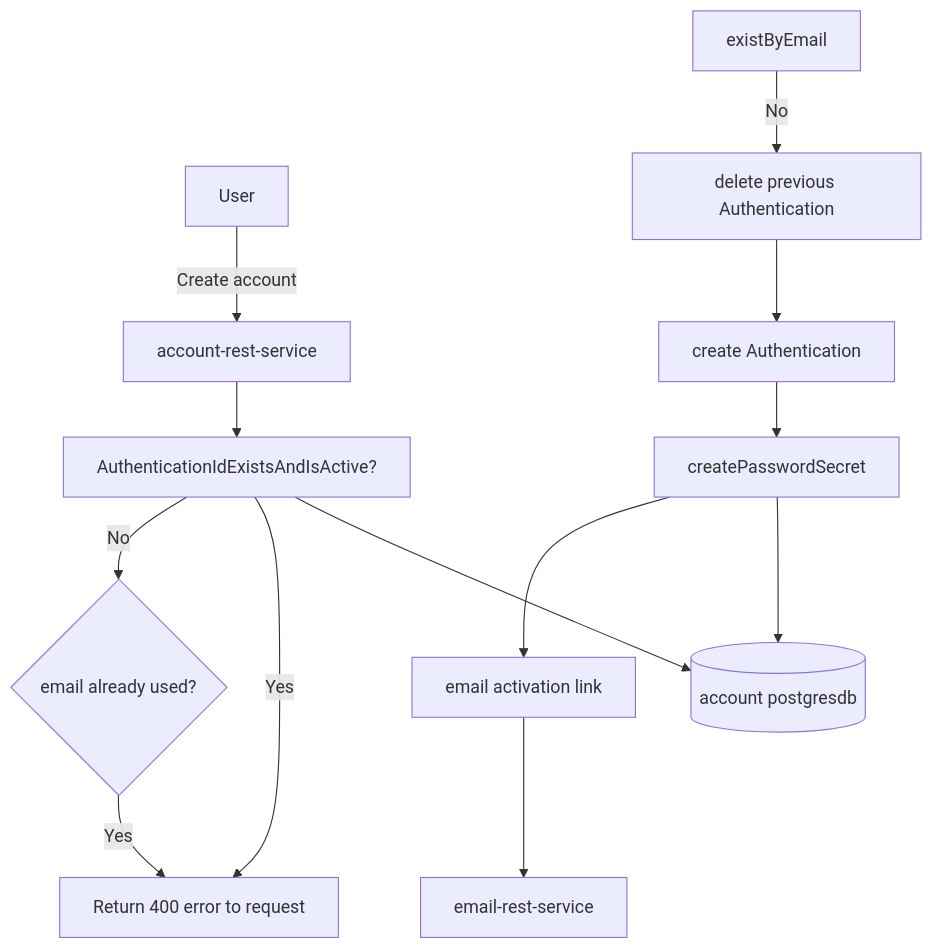
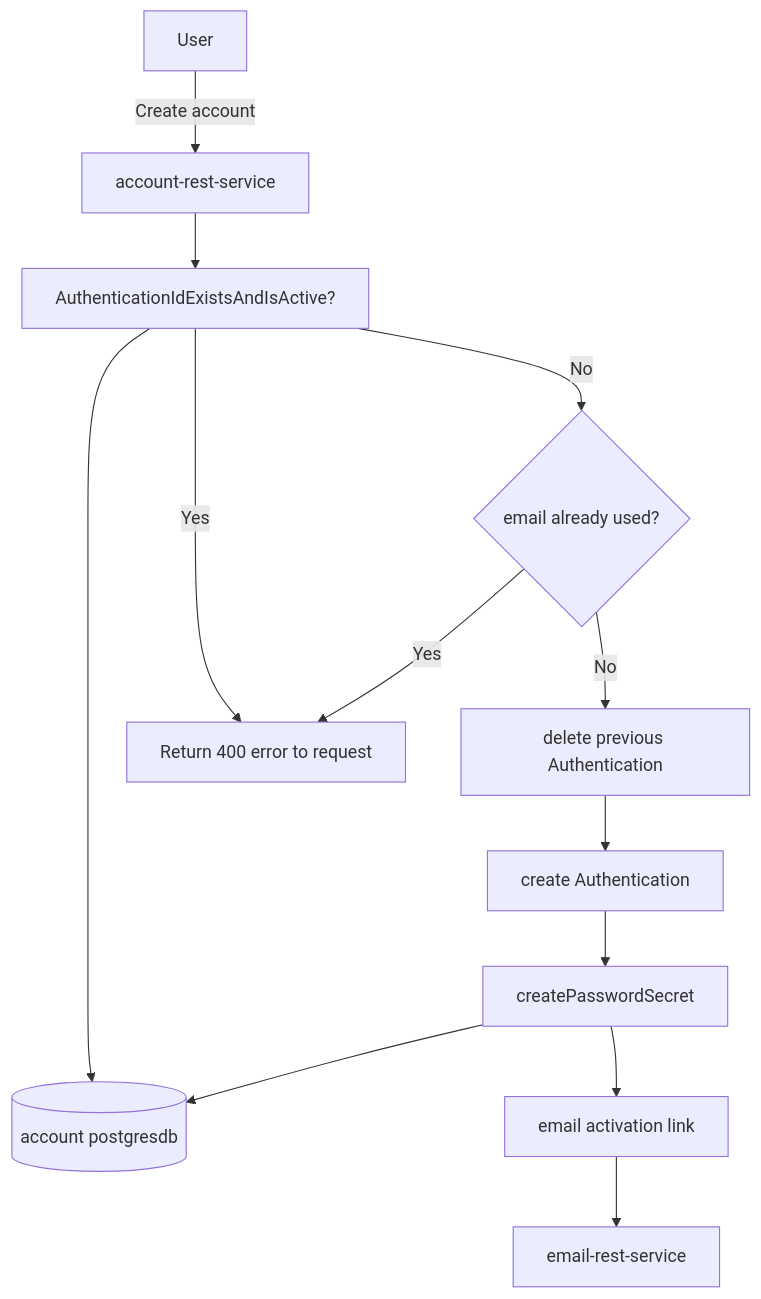
One commit to sonamsamdupkhangsar/account-rest-service changed the fifth of 5 diagrams in README.md. Above: the diagram before and after it, drawn with Mermaid.

````diff
--- a/README.md
+++ b/README.md
@@ -144,15 +144,15 @@
 ```mermaid
 flowchart TD
   User --"Create account"--> account-rest-service
   account-rest-service --> validateAuthenticationIdExistsAndTrue["AuthenticationIdExistsAndIsActive?"]
   validateAuthenticationIdExistsAndTrue --> accountDb[(account postgresdb)]
   validateAuthenticationIdExistsAndTrue -->|Yes| returnError[Return 400 error to request]  
   validateAuthenticationIdExistsAndTrue -->|No| existsByEmail{email already used?}
   existsByEmail -->|Yes| returnError
-  existByEmail -->|No| deleteAuthenticationIdActiveFalse["delete previous Authentication"]
+  existsByEmail -->|No| deleteAuthenticationIdActiveFalse["delete previous Authentication"]
   deleteAuthenticationIdActiveFalse --> save["create Authentication"]
   save --> createPasswordSecret
   createPasswordSecret --> accountDb
   createPasswordSecret --> emailActivationLink["email activation link"]
   emailActivationLink --> email-rest-service
 ```
````
